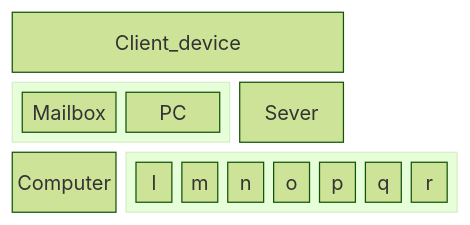
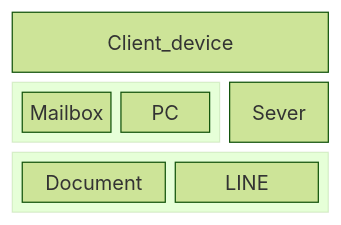
The sixth of 6 diagrams in README.md (Kietpawpan/pdpa), drawn with Mermaid (forest theme) before and after one commit.

````diff
--- a/README.md
+++ b/README.md
@@ -123,14 +123,14 @@
 ```mermaid
 block-beta
   columns 3
   Client_device:3
   block:group1:2
     columns 2
     Mailbox PC
   end
-  Sever Computer
+  Sever
   block:group2:3
     %% columns auto (default)
-    l m n o p q r
+    Document LINE 
   end
 ```
````
